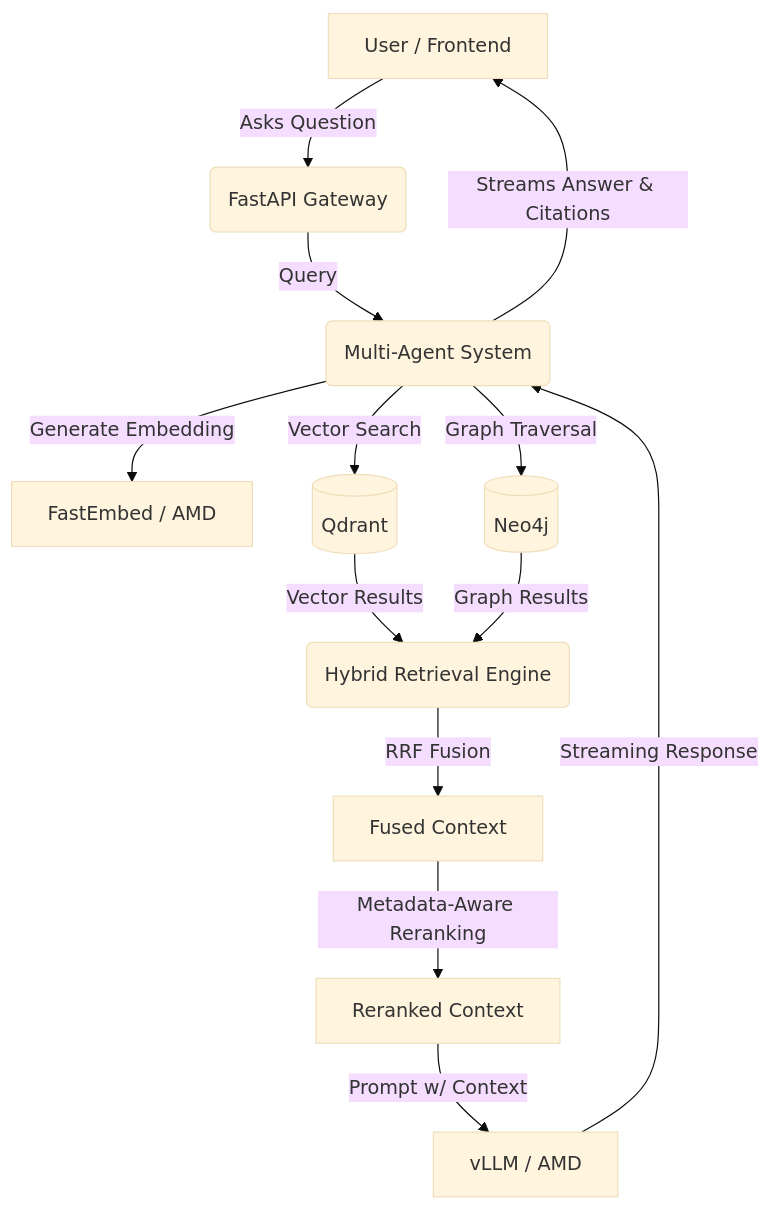
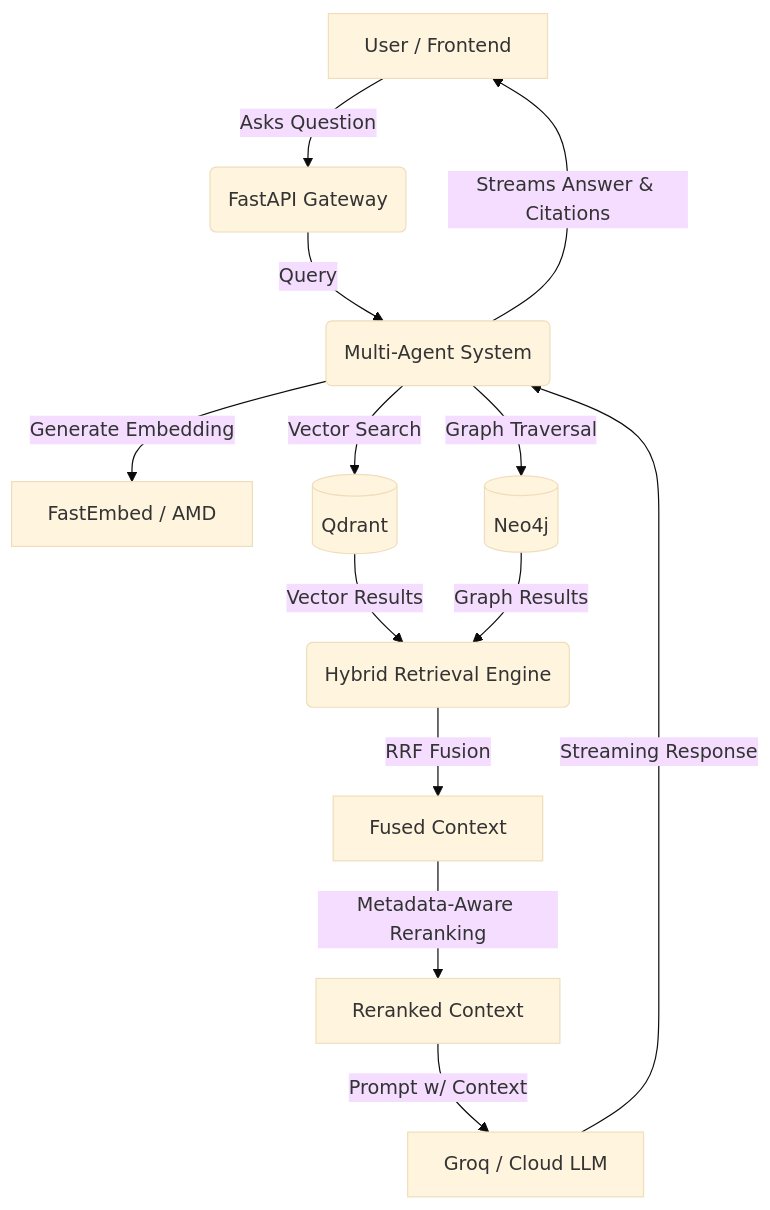
Before and after one commit to dkstlzk/cortex: the second of 2 diagrams in README.md, drawn with Mermaid (base theme). The commit also changed other lines of this file and 52 other files, not shown here.

````diff
--- a/README.md
+++ b/README.md
@@ -127,15 +123,15 @@
 ```mermaid
 graph TD
     A[User / Frontend] -->|Asks Question| B(FastAPI Gateway)
     B -->|Query| C(Multi-Agent System)
     C -->|Generate Embedding| D[FastEmbed / AMD]
     C -->|Vector Search| E[(Qdrant)]
     C -->|Graph Traversal| F[(Neo4j)]
     E -->|Vector Results| G(Hybrid Retrieval Engine)
     F -->|Graph Results| G
     G -->|RRF Fusion| H[Fused Context]
     H -->|Metadata-Aware Reranking| M[Reranked Context]
-    M -->|Prompt w/ Context| I[vLLM / AMD]
+    M -->|Prompt w/ Context| I[Groq / Cloud LLM]
     I -->|Streaming Response| C
     C -->|Streams Answer & Citations| A
 ```
````
